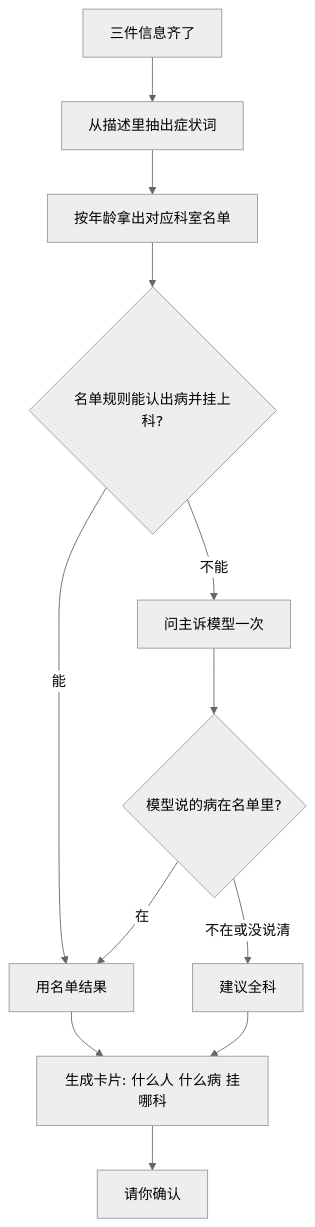
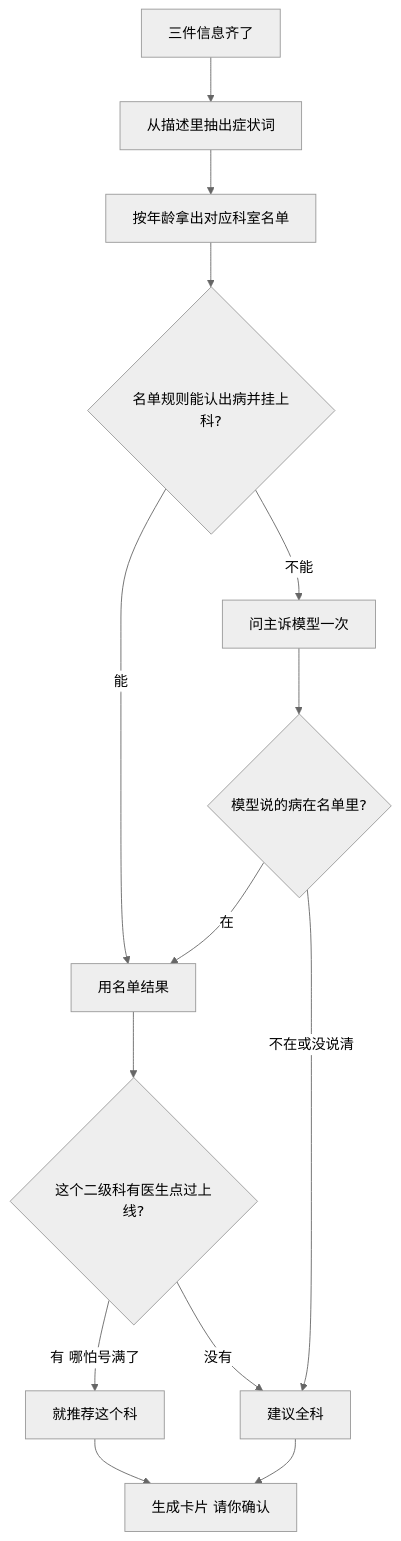
One commit to moonligh521/consult changed the fifth of 7 diagrams in README.md. Above: the diagram before and after it, drawn with Mermaid (neutral theme). The commit also changed other lines of this file and 18 other files, not shown here.

````diff
--- a/README.md
+++ b/README.md
@@ -87,14 +121,16 @@
 ```mermaid
 flowchart TD
   A[三件信息齐了] --> B[从描述里抽出症状词]
   B --> C[按年龄拿出对应科室名单]
   C --> D{名单规则能认出病并挂上科?}
   D -->|能| E[用名单结果]
   D -->|不能| F[问主诉模型一次]
   F --> G{模型说的病在名单里?}
   G -->|在| E
   G -->|不在或没说清| H[建议全科]
-  E --> I[生成卡片: 什么人 什么病 挂哪科]
-  H --> I
-  I --> J[请你确认]
+  E --> I{这个二级科有医生点过上线?}
+  I -->|有 哪怕号满了| J[就推荐这个科]
+  I -->|没有| H
+  H --> K[生成卡片 请你确认]
+  J --> K
 ```
````
